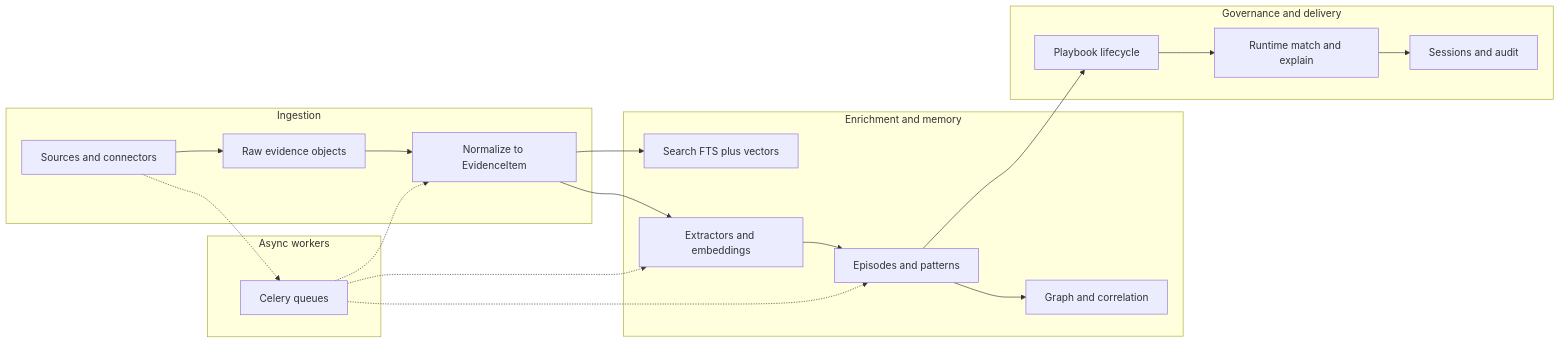
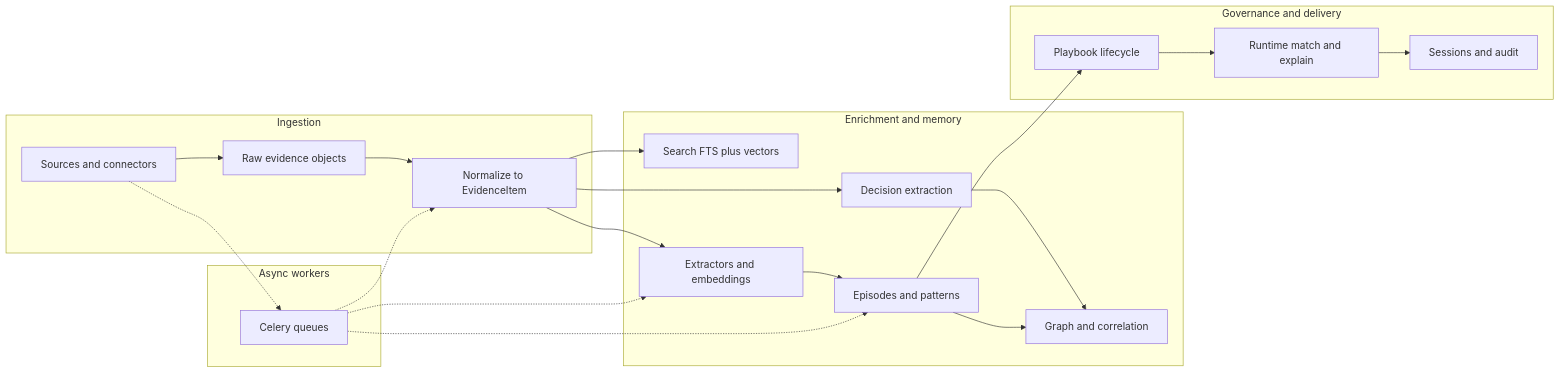
The diagram in codewiki/01-end-to-end-pipeline.md (Valuedx/ContextEdge), drawn with Mermaid before and after one commit. The commit also changed other lines of this file and 16 other files, not shown here.

First line of the commit message:
Add decision graph edges and update documentation

````diff
--- a/codewiki/01-end-to-end-pipeline.md
+++ b/codewiki/01-end-to-end-pipeline.md
@@ -51,37 +51,40 @@
 ```mermaid
 flowchart LR
   subgraph ingest[Ingestion]
     SRC[Sources and connectors]
     RAW[Raw evidence objects]
     NORM[Normalize to EvidenceItem]
     SRC --> RAW --> NORM
   end
 
   subgraph enrich[Enrichment and memory]
     SRCH[Search FTS plus vectors]
     AI[Extractors and embeddings]
+    DEC[Decision extraction]
     EP[Episodes and patterns]
     GR[Graph and correlation]
     NORM --> SRCH
     NORM --> AI
+    NORM --> DEC
     AI --> EP
+    DEC --> GR
     EP --> GR
   end
 
   subgraph gov[Governance and delivery]
     PB[Playbook lifecycle]
     RT[Runtime match and explain]
     SE[Sessions and audit]
     EP --> PB
     PB --> RT
     RT --> SE
   end
 
   subgraph async[Async workers]
     W[Celery queues]
     SRC -.-> W
     W -.-> NORM
     W -.-> AI
     W -.-> EP
   end
 ```
````
